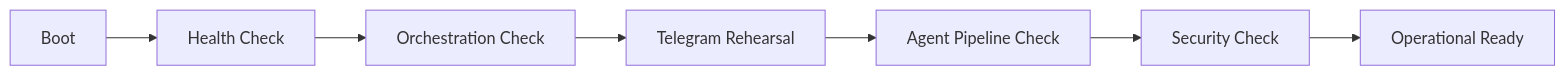
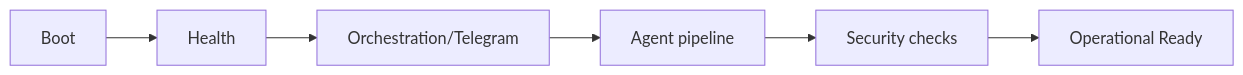
Before and after one commit to Merchantlee99/Personal-AI-agent-v2: the diagram in docs/OPERATIONS_PLAYBOOK.md, drawn with Mermaid. The commit also changed other lines of this file and 5 other files, not shown here.

Commit message:
docs: clarity pass for architecture, operations, security, and use-cases

````diff
--- a/docs/OPERATIONS_PLAYBOOK.md
+++ b/docs/OPERATIONS_PLAYBOOK.md
@@ -123,9 +120,8 @@
 ```mermaid
 flowchart LR
-  BOOT[Boot] --> HEALTH[Health Check]
-  HEALTH --> ORCH[Orchestration Check]
-  ORCH --> TG[Telegram Rehearsal]
-  TG --> AGENT[Agent Pipeline Check]
-  AGENT --> SEC[Security Check]
+  BOOT[Boot] --> HEALTH[Health]
+  HEALTH --> FLOW[Orchestration/Telegram]
+  FLOW --> AGENT[Agent pipeline]
+  AGENT --> SEC[Security checks]
   SEC --> READY[Operational Ready]
 ```
````
